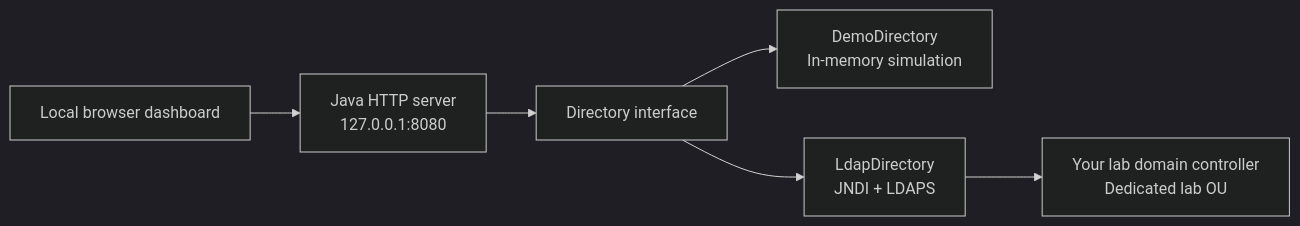
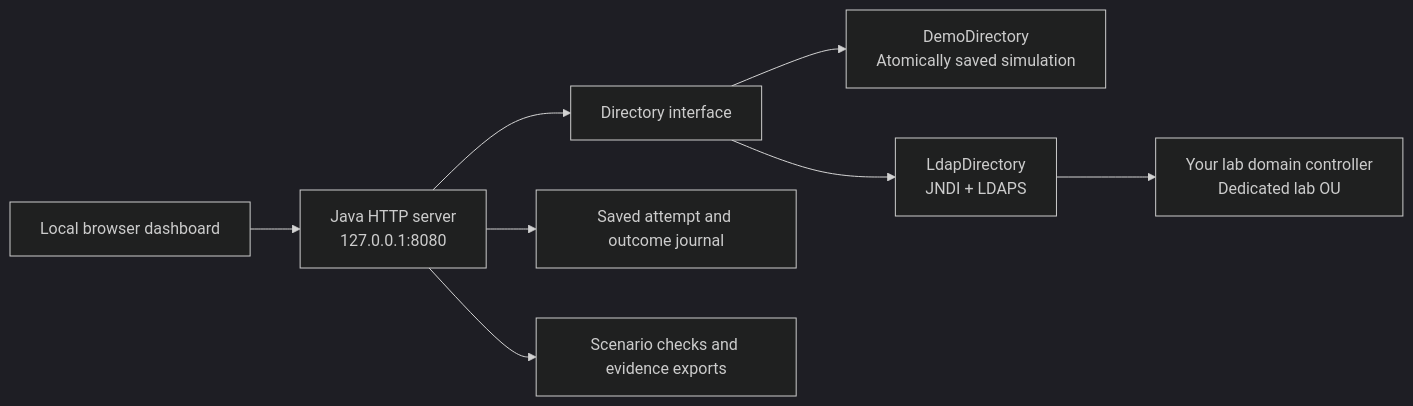
The diagram in README.md (kade258/active-directory-lab-java), drawn with Mermaid (dark theme) before and after one commit. The commit also changed other lines of this file and 39 other files, not shown here.

Commit message:
Add persistent directory state, help desk scenarios, audit exports and AD validation tools

````diff
--- a/README.md
+++ b/README.md
@@ -93,8 +106,10 @@
 ```mermaid
 flowchart LR
   UI[Local browser dashboard] --> HTTP[Java HTTP server\n127.0.0.1:8080]
   HTTP --> API[Directory interface]
-  API --> Demo[DemoDirectory\nIn-memory simulation]
+  API --> Demo[DemoDirectory\nAtomically saved simulation]
+  HTTP --> Audit[Saved attempt and outcome journal]
+  HTTP --> Tickets[Scenario checks and evidence exports]
   API --> LDAP[LdapDirectory\nJNDI + LDAPS]
   LDAP --> AD[Your lab domain controller\nDedicated lab OU]
 ```
````
